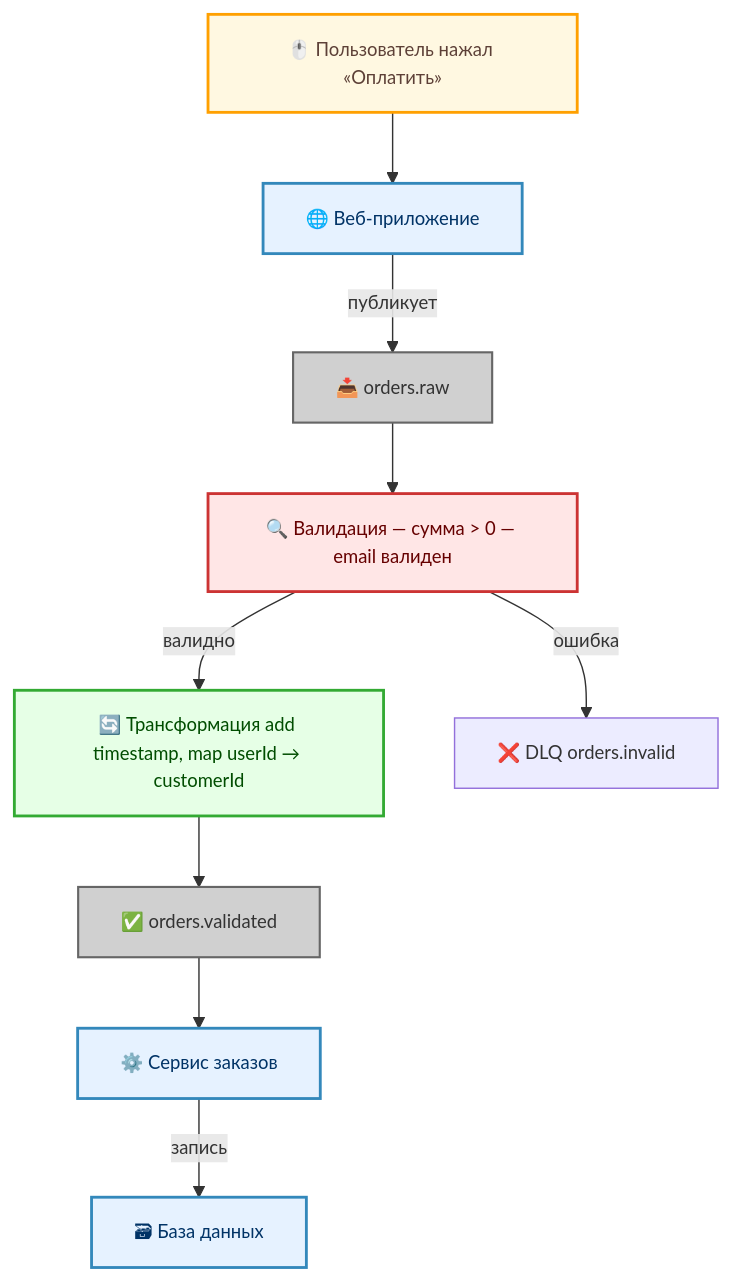
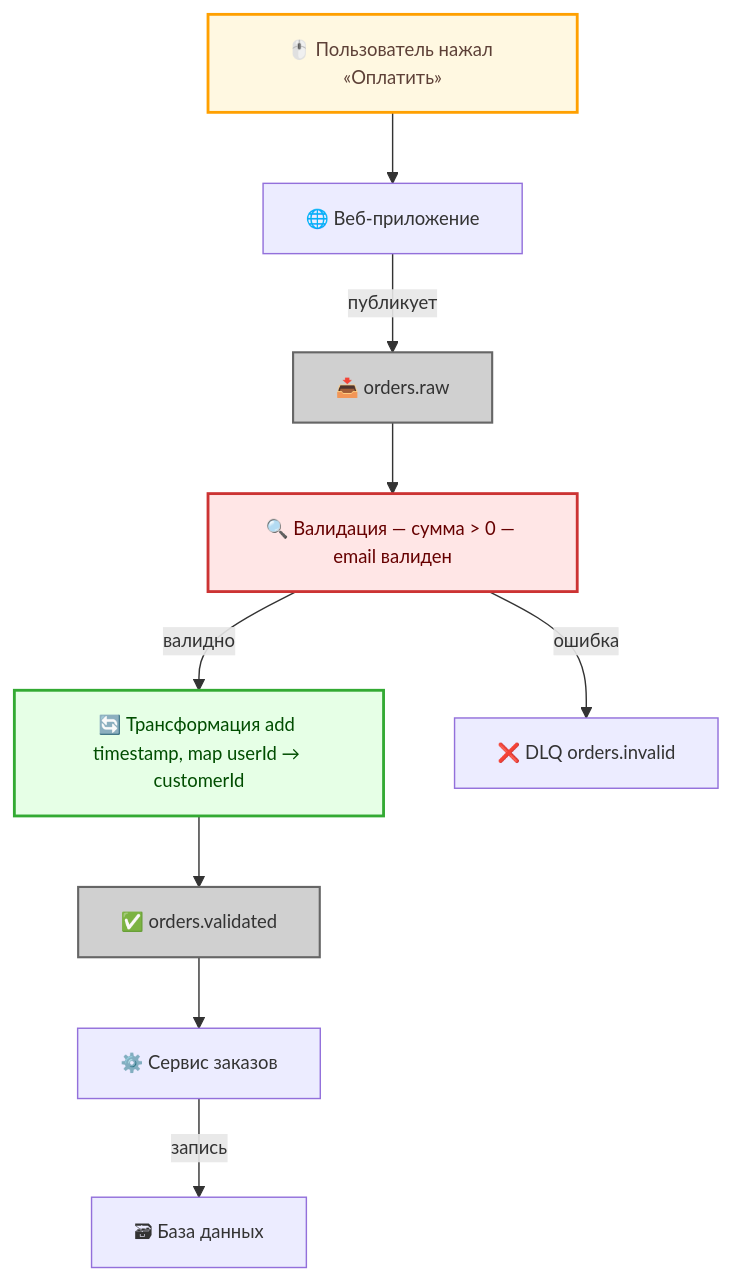
One commit to Spirzen/it-knowledge-base changed the diagram in docs/encyclopedia/2-system-network/2-09-osnovy-integratsionnogo-vzaimodeystviya/112.md. Above: the diagram before and after it, drawn with Mermaid. The commit also changed other lines of this file and 1482 other files, not shown here.

````diff
--- a/docs/encyclopedia/2-system-network/2-09-osnovy-integratsionnogo-vzaimodeystviya/112.md
+++ b/docs/encyclopedia/2-system-network/2-09-osnovy-integratsionnogo-vzaimodeystviya/112.md
@@ -58,33 +63,33 @@
 ```mermaid
 %%{init: {
   "theme": "default",
   "themeVariables": {
     "fontSize": "13px",
     "fontFamily": "Segoe UI, Tahoma, sans-serif"
   }
 }}%%
 flowchart TD
     classDef trigger fill:#fff8e1,stroke:#FFA000,stroke-width:2px,color:#5D4037;
-    classDef Система fill:#e6f2ff,stroke:#3388bb,stroke-width:2px,color:#003366;
+    classDef System fill:#e6f2ff,stroke:#3388bb,stroke-width:2px,color:#003366;
     classDef queue fill:#d0d0d0,stroke:#666666,stroke-width:1.5px,color:#333333,shape:cylinder;
     classDef transform fill:#e6ffe6,stroke:#33aa33,stroke-width:2px,color:#004d00;
     classDef validator fill:#ffe6e6,stroke:#cc3333,stroke-width:2px,color:#660000;
 
     T["🖱️ Пользователь нажал «Оплатить»"]:::trigger
     Web["🌐 Веб-приложение"]:::Система
     Q1["📥 orders.raw"]:::queue
     V["🔍 Валидация — сумма > 0 — email валиден"]:::validator
     X["🔄 Трансформация add timestamp, map userId → customerId"]:::transform
     Q2["✅ orders.validated"]:::queue
     Svc["⚙️ Сервис заказов"]:::Система
     DB["🗃 База данных"]:::Система
 
     T --> Web
     Web -->|публикует| Q1
     Q1 --> V
     V -->|валидно| X
     V -->|ошибка| DLQ["❌ DLQ orders.invalid"]
     X --> Q2
     Q2 --> Svc
     Svc -->|запись| DB
 ```
````
